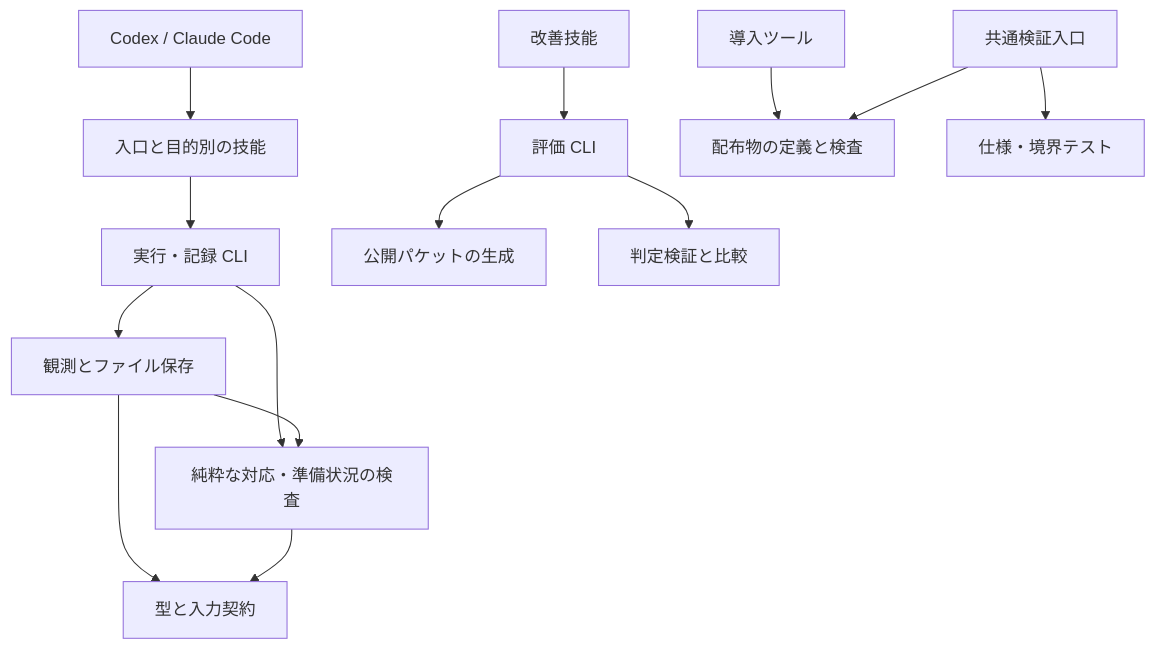
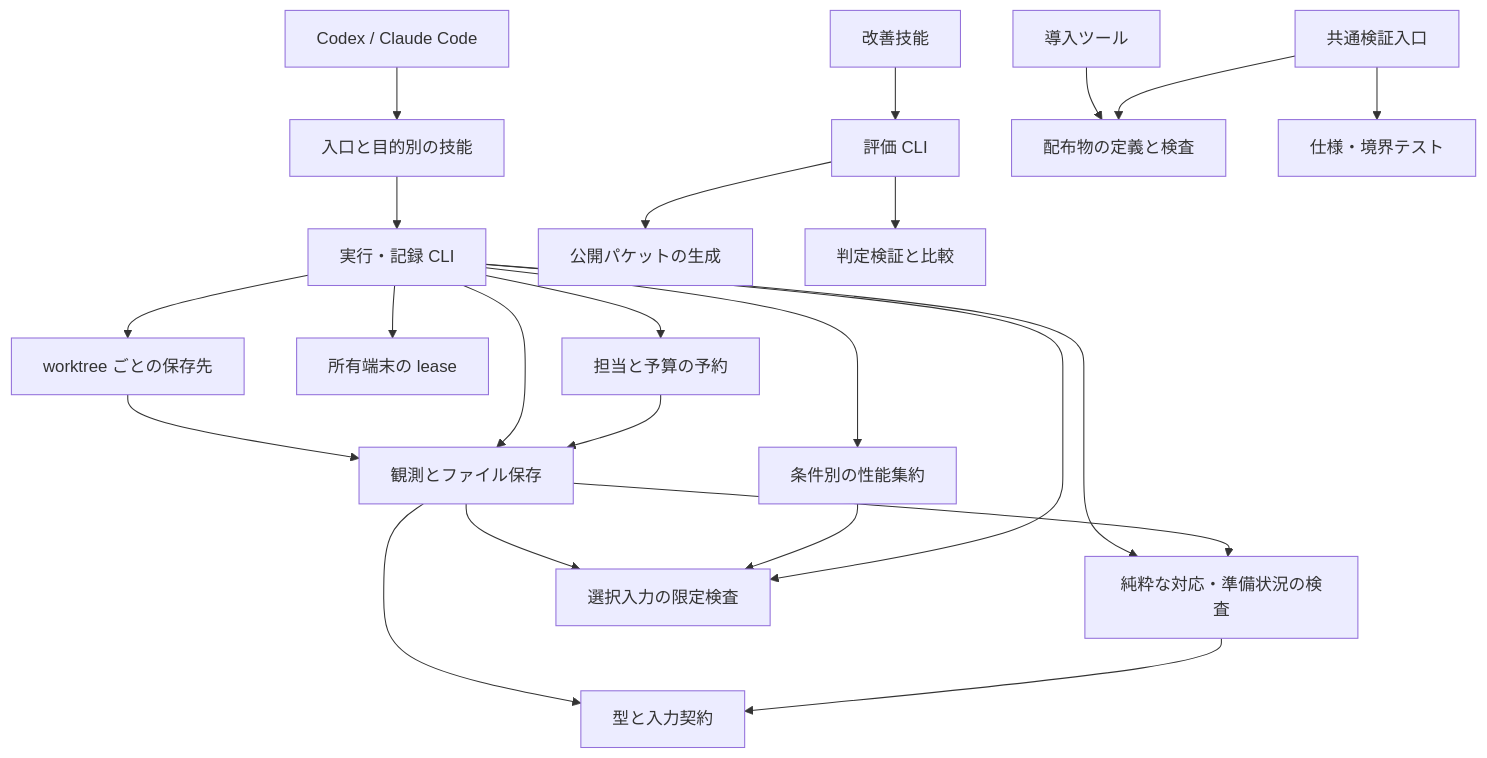
Before and after one commit to 9uiLe/effectual-change: the diagram in docs/architecture.md, drawn with Mermaid. The commit also changed other lines of this file and 26 other files, not shown here.

Commit message:
Add worktree runs, mobile leases, measurements and scoped delegation

````diff
--- a/docs/architecture.md
+++ b/docs/architecture.md
@@ -7,16 +7,25 @@
 ```mermaid
 flowchart TD
   Host[Codex / Claude Code] --> Skills[入口と目的別の技能]
   Skills --> Runtime[実行・記録 CLI]
+  Runtime --> Workspace[worktree ごとの保存先]
+  Workspace --> Store
   Runtime --> Store[観測とファイル保存]
   Runtime --> Policy[純粋な対応・準備状況の検査]
+  Runtime --> Devices[所有端末の lease]
+  Runtime --> Performance[条件別の性能集約]
+  Runtime --> Delegation[担当と予算の予約]
+  Delegation --> Store
   Store --> Policy
+  Store --> Inputs[選択入力の限定検査]
+  Performance --> Inputs
+  Runtime --> Inputs
   Store --> Model[型と入力契約]
   Policy --> Model
   Learning[改善技能] --> Eval[評価 CLI]
   Eval --> Corpus[公開パケットの生成]
   Eval --> Judgments[判定検証と比較]
   Installer[導入ツール] --> Package[配布物の定義と検査]
   Validation[共通検証入口] --> Package
   Validation --> Tests[仕様・境界テスト]
 ```
````
